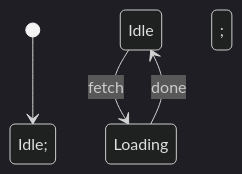
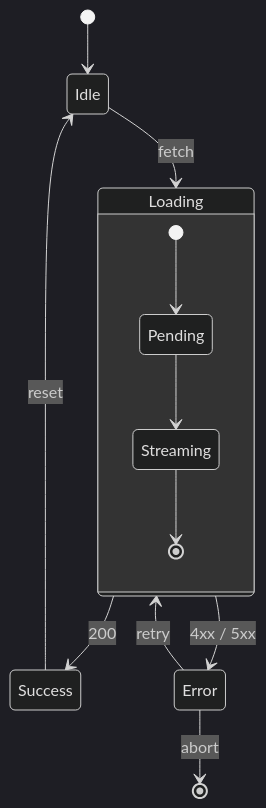
The fourth of 17 diagrams in playground/docs/example/source.md (Wxh16144/dumi-plugin-mermaid), drawn with Mermaid (dark theme) before and after one commit. The commit also changed other lines of this file and 6 other files, not shown here.

Commit message:
feat: Enhance Mermaid support with additional diagram examples and improve marker handling

````diff
--- a/playground/docs/example/source.md
+++ b/playground/docs/example/source.md
@@ -14,6 +84,16 @@
 ```mermaid
 stateDiagram-v2
-  [*] --> Idle;
-  Idle --> Loading: fetch;
-  Loading --> Idle: done;
+    [*] --> Idle
+    Idle --> Loading : fetch
+    Loading --> Success : 200
+    Loading --> Error : 4xx / 5xx
+    Success --> Idle : reset
+    Error --> Loading : retry
+    Error --> [*] : abort
+
+    state Loading {
+        [*] --> Pending
+        Pending --> Streaming
+        Streaming --> [*]
+    }
 ```
````
